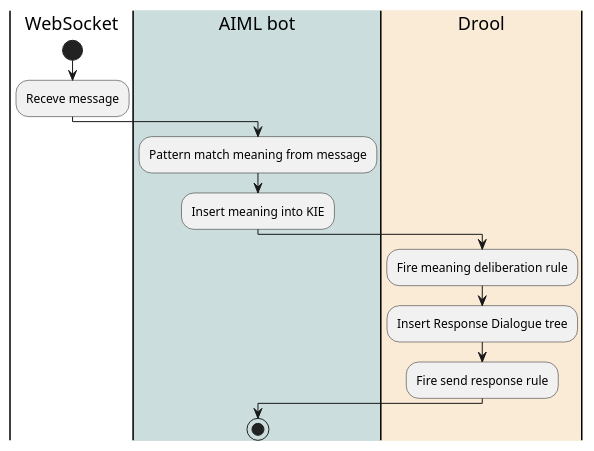
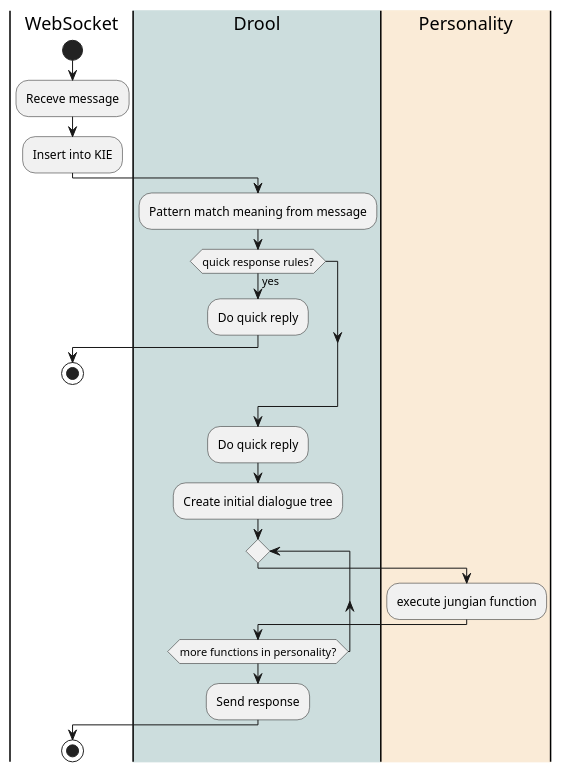
Before and after one commit to jappeace/methods-homework: diagram 11 of 11 in thesis/thesis.org, drawn with PlantUML. The commit also changed other lines of this file, not shown here.

Commit message:
Changed insert meaning into kie diagram

```diff
--- a/thesis/thesis.org
+++ b/thesis/thesis.org
@@ -2900,14 +2899,24 @@
 #+BEGIN_SRC plantuml :cache yes :file img/uml/insert_meaning.png :exports results
 |WebSocket|
 start
 :Receve message;
-|#CCDDDD|AIML bot|
+:Insert into KIE;
+|#CCDDDD|Drool|
 :Pattern match meaning from message;
-:Insert meaning into KIE;
-|#AntiqueWhite|Drool|
-:Fire meaning deliberation rule;
-:Insert Response Dialogue tree;
-:Fire send response rule;
-|#CCDDDD|AIML bot|
+if (quick response rules?) then (yes)
+:Do quick reply;
+|WebSocket|
+stop
+endif
+|#CCDDDD|Drool|
+:Do quick reply;
+:Create initial dialogue tree;
+repeat
+|#AntiqueWhite|Personality|
+:execute jungian function;
+|#CCDDDD|Drool|
+repeat while (more functions in personality?)
+:Send response;
+|WebSocket|
 stop
 #+END_SRC
```
